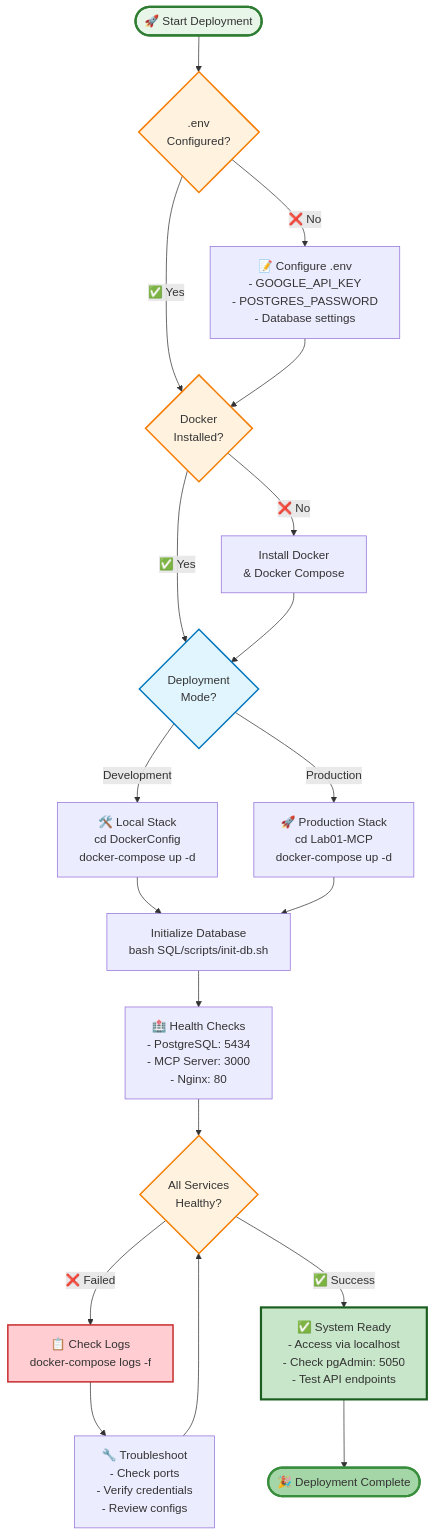
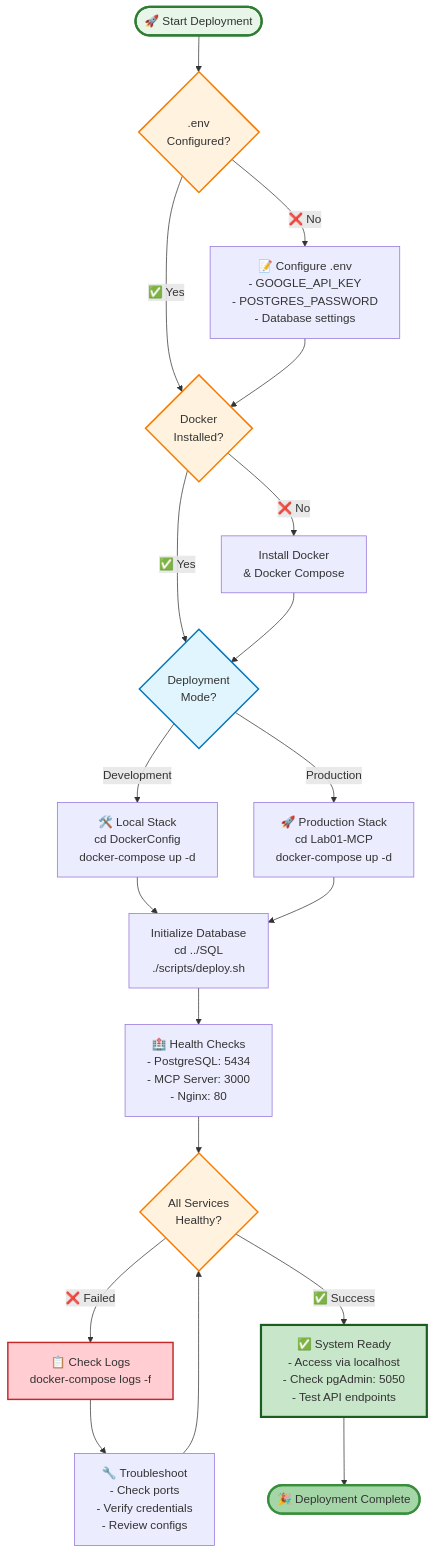
The third of 4 diagrams in DockerConfig/README.md (javierjortiz82/MCP-Server), drawn with Mermaid before and after one commit. The commit also changed other lines of this file and 2 other files, not shown here.

Commit message:
refactor: remove duplicate Docker initialization in favor of SQL deployment script
## Changes

1. Removed DockerConfig/init/01-create-database.sql
2. Updated docker-compose.yml to remove init volume mount
3. Updated README.md deployment flow and file structure

## Motivation

Single source of truth - all DB initialization now in SQL/ directory only

🤖 Generated with Claude Code

````diff
--- a/DockerConfig/README.md
+++ b/DockerConfig/README.md
@@ -145,41 +145,41 @@
 ```mermaid
 flowchart TD
     Start([🚀 Start Deployment]) --> CheckEnv{".env<br/>Configured?"}
 
     CheckEnv -->|❌ No| ConfigEnv["📝 Configure .env<br/>- GOOGLE_API_KEY<br/>- POSTGRES_PASSWORD<br/>- Database settings"]
     CheckEnv -->|✅ Yes| CheckDocker{Docker<br/>Installed?}
 
     ConfigEnv --> CheckDocker
 
     CheckDocker -->|❌ No| InstallDocker[Install Docker<br/>& Docker Compose]
     CheckDocker -->|✅ Yes| ChooseMode{Deployment<br/>Mode?}
 
     InstallDocker --> ChooseMode
 
     ChooseMode -->|Development| LocalStack["🛠️ Local Stack<br/>cd DockerConfig<br/>docker-compose up -d"]
     ChooseMode -->|Production| ProdStack["🚀 Production Stack<br/>cd Lab01-MCP<br/>docker-compose up -d"]
 
-    LocalStack --> InitDB["Initialize Database<br/>bash SQL/scripts/init-db.sh"]
+    LocalStack --> InitDB["Initialize Database<br/>cd ../SQL<br/>./scripts/deploy.sh"]
     ProdStack --> InitDB
 
     InitDB --> HealthCheck["🏥 Health Checks<br/>- PostgreSQL: 5434<br/>- MCP Server: 3000<br/>- Nginx: 80"]
 
     HealthCheck --> Verify{All Services<br/>Healthy?}
 
     Verify -->|❌ Failed| Logs["📋 Check Logs<br/>docker-compose logs -f"]
     Verify -->|✅ Success| Ready["✅ System Ready<br/>- Access via localhost<br/>- Check pgAdmin: 5050<br/>- Test API endpoints"]
 
     Logs --> Troubleshoot["🔧 Troubleshoot<br/>- Check ports<br/>- Verify credentials<br/>- Review configs"]
     Troubleshoot --> Verify
 
     Ready --> End([🎉 Deployment Complete])
 
     style Start fill:#e8f5e9,stroke:#2e7d32,stroke-width:3px
     style Ready fill:#c8e6c9,stroke:#1b5e20,stroke-width:3px
     style End fill:#a5d6a7,stroke:#388e3c,stroke-width:3px
     style CheckEnv fill:#fff3e0,stroke:#f57c00,stroke-width:2px
     style CheckDocker fill:#fff3e0,stroke:#f57c00,stroke-width:2px
     style ChooseMode fill:#e1f5fe,stroke:#0277bd,stroke-width:2px
     style Verify fill:#fff3e0,stroke:#f57c00,stroke-width:2px
     style Logs fill:#ffcdd2,stroke:#c62828,stroke-width:2px
 ```
````
